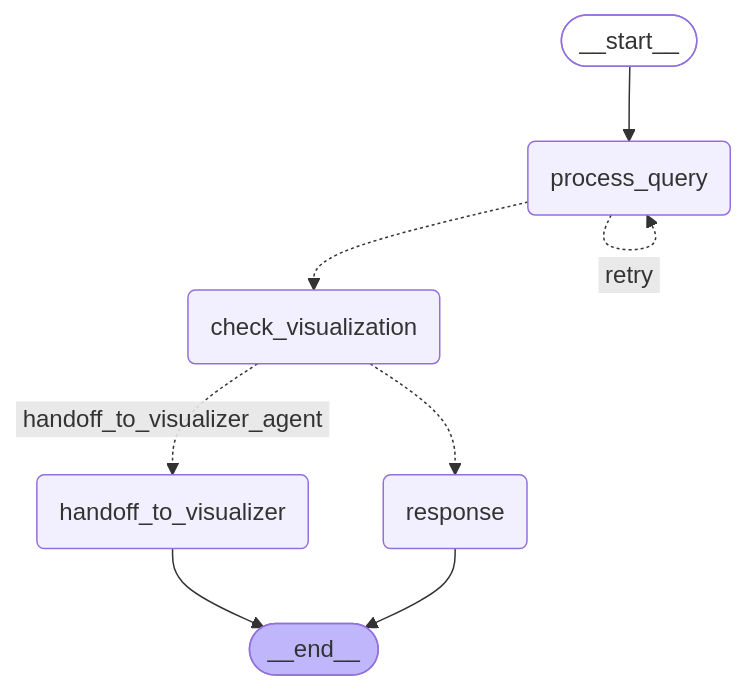
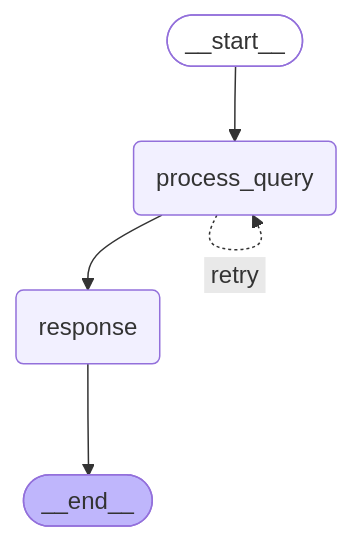
Before and after one commit to factly/gopie: the diagram in chat-server/app/workflow/graph/graph_mermaid/single_dataset_graph.mmd, drawn with Mermaid. The commit also changed 38 other files, not shown here.

Commit message:
feat: refactor agent architecture with visualization support and OpenAI adapterTAGM: Update persona chat server

```diff
--- a/chat-server/app/workflow/graph/graph_mermaid/single_dataset_graph.mmd
+++ b/chat-server/app/workflow/graph/graph_mermaid/single_dataset_graph.mmd
@@ -1,22 +1,17 @@
 ---
 config:
   flowchart:
     curve: basis
 ---
 graph TD;
 	__start__([<p>__start__</p>]):::first
 	process_query(process_query)
-	check_visualization(check_visualization)
-	handoff_to_visualizer(handoff_to_visualizer)
 	response(response)
 	__end__([<p>__end__</p>]):::last
 	__start__ --> process_query;
-	check_visualization -. &nbsp;handoff_to_visualizer_agent&nbsp; .-> handoff_to_visualizer;
-	check_visualization -.-> response;
-	process_query -.-> check_visualization;
-	handoff_to_visualizer --> __end__;
+	process_query --> response;
 	response --> __end__;
 	process_query -. &nbsp;retry&nbsp; .-> process_query;
 	classDef default fill:#f2f0ff,line-height:1.2
 	classDef first fill-opacity:0
 	classDef last fill:#bfb6fc
```
